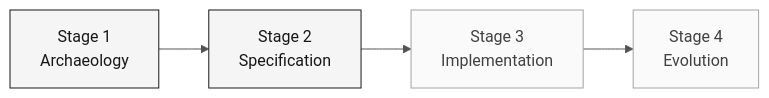
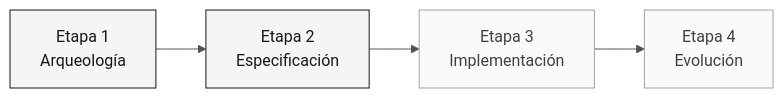
The diagram in 05-personas/01-product-owner/PERSONA.md (paulasilvatech/datacorp-sifap-team-kit-pt-br), drawn with Mermaid before and after one commit. The commit also changed other lines of this file and 386 other files, not shown here.

````diff
--- a/05-personas/01-product-owner/PERSONA.md
+++ b/05-personas/01-product-owner/PERSONA.md
@@ -32,11 +32,11 @@
 ```mermaid
 %%{init: {'theme':'neutral','themeVariables':{'fontFamily':'ui-sans-serif, system-ui, sans-serif','primaryColor':'#F5F5F5','primaryTextColor':'#171717','primaryBorderColor':'#171717','lineColor':'#525252','secondaryColor':'#FFFFFF','tertiaryColor':'#FAFAFA','background':'#FFFFFF'}}}%%
 flowchart LR
     classDef active fill:#F5F5F5,stroke:#171717,color:#171717
     classDef support fill:#FAFAFA,stroke:#A3A3A3,color:#404040
     classDef inactive fill:#FFFFFF,stroke:#E5E5E5,color:#A3A3A3
 
-    E1["Stage 1<br/>Archaeology"]:::active --> E2["Stage 2<br/>Specification"]:::active
-    E2 --> E3["Stage 3<br/>Implementation"]:::support
-    E3 --> E4["Stage 4<br/>Evolution"]:::support
+    E1["Etapa 1<br/>Arqueología"]:::active --> E2["Etapa 2<br/>Especificación"]:::active
+    E2 --> E3["Etapa 3<br/>Implementación"]:::support
+    E3 --> E4["Etapa 4<br/>Evolución"]:::support
 ```
````
